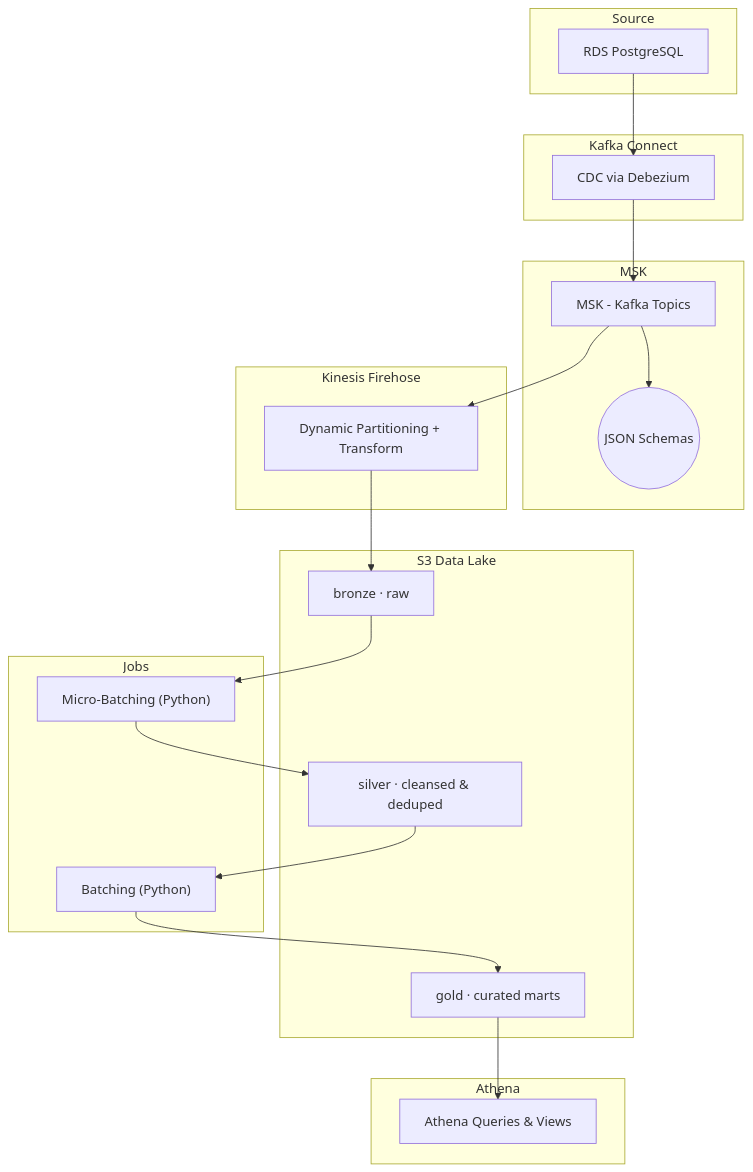
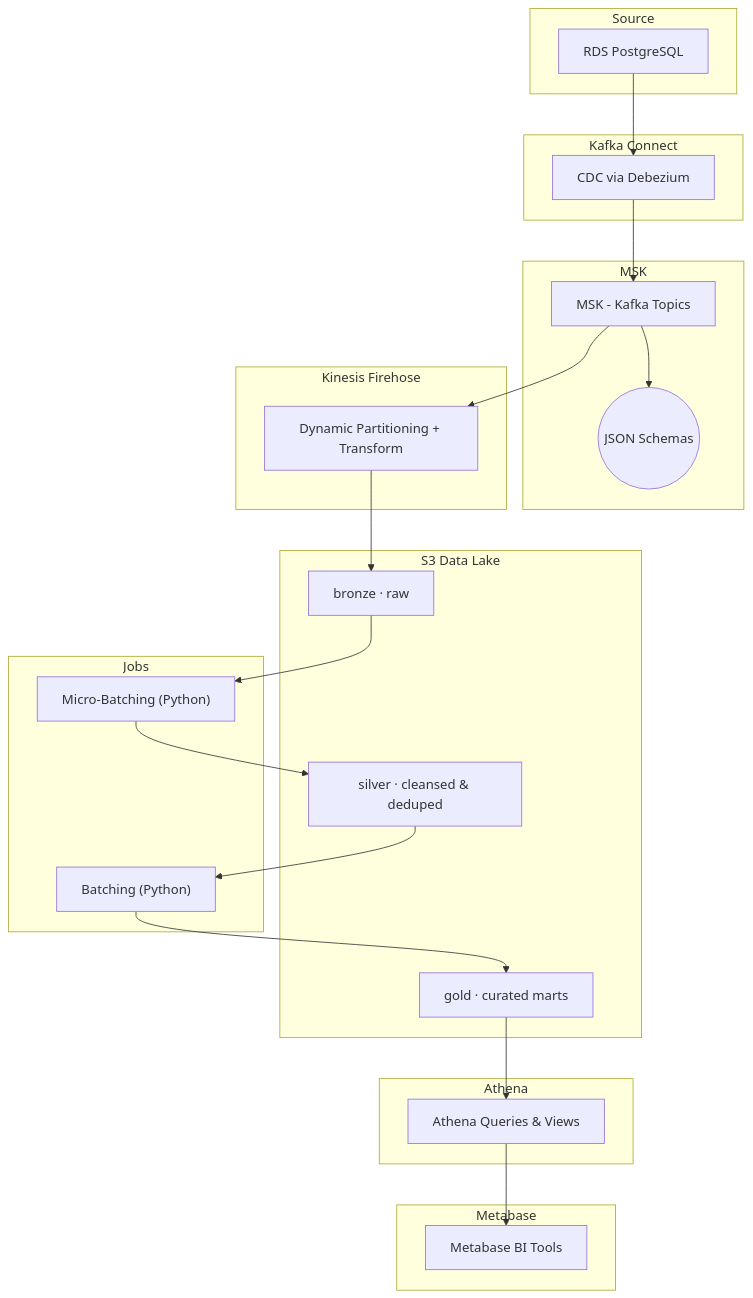
The diagram in README.md (rudy-prietno/streamlake), drawn with Mermaid before and after one commit.

````diff
--- a/README.md
+++ b/README.md
@@ -7,47 +7,54 @@
 ```mermaid
 flowchart TD
   %% Source
   subgraph Source
     A["RDS PostgreSQL"]
   end
 
   %% Kafka Connect
   subgraph KafkaConnect["Kafka Connect"]
     B["CDC via Debezium"]
   end
 
   %% MSK
   subgraph MSK
     C["MSK - Kafka Topics"]
     Cnote(("JSON Schemas"))
   end
 
   %% Firehose
   subgraph Firehose["Kinesis Firehose"]
     D["Dynamic Partitioning + Transform"]
   end
 
   %% S3 Data Lake
   subgraph S3["S3 Data Lake"]
     E["bronze · raw"]
     F["silver · cleansed & deduped"]
     G["gold · curated marts"]
   end
 
   %% Jobs
   subgraph Jobs
     H["Micro-Batching (Python)"]
     I["Batching (Python)"]
   end
 
   %% Athena
   subgraph Athena
     J["Athena Queries & Views"]
   end
 
+
+  %% Metabase
+  subgraph Metabase
+    K["Metabase BI Tools"]
+  end
+
   A --> B --> C --> D --> E
   C --> Cnote
   E --> H --> F
   F --> I --> G
   G --> J
+  J --> K
 ```
````
